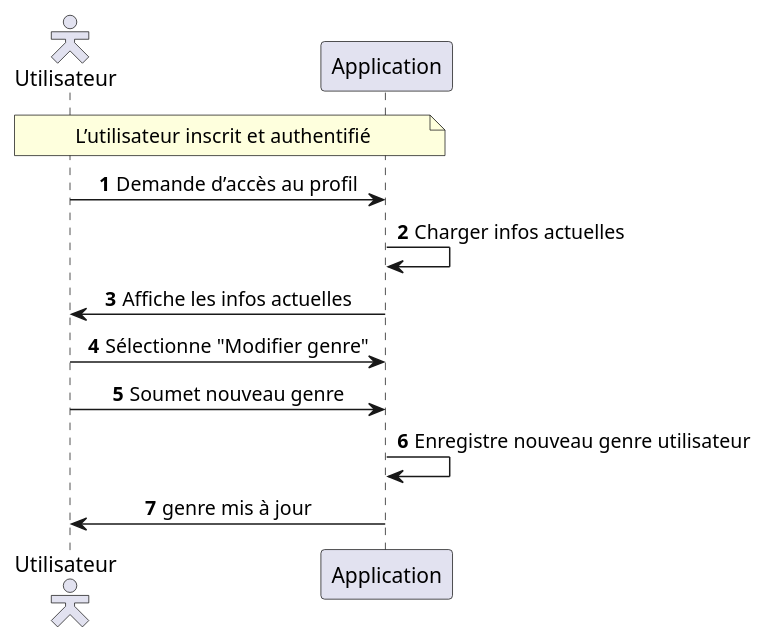
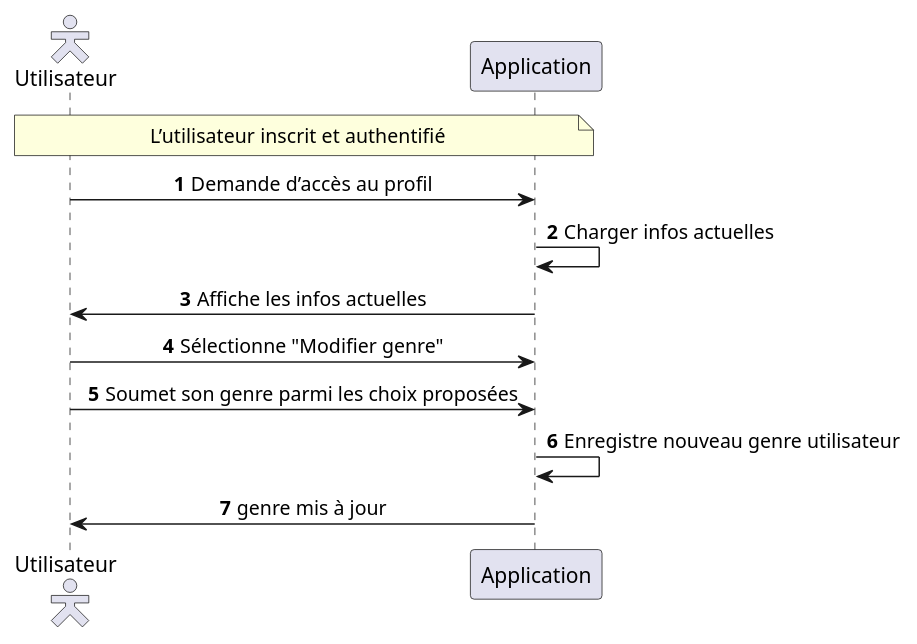
Before and after one commit to MinaroliCorentin/PSO: the diagram in src/Description_des_scenarios_Config_Utilisateur_modifier_son_genre.puml, drawn with PlantUML. The commit also changed 5 other files, not shown here.

```diff
--- a/src/Description_des_scenarios_Config_Utilisateur_modifier_son_genre.puml
+++ b/src/Description_des_scenarios_Config_Utilisateur_modifier_son_genre.puml
@@ -1,20 +1,20 @@
 @startuml
 autonumber
 skinparam sequenceMessageAlign center
 skinparam actorStyle hollow
 
 actor "Utilisateur" as user
 participant "Application" as app
 
 note over user, app
 L’utilisateur inscrit et authentifié
 end note
 
 user -> app : Demande d’accès au profil
 app -> app : Charger infos actuelles
 app -> user : Affiche les infos actuelles
 user -> app : Sélectionne "Modifier genre"
-user -> app : Soumet nouveau genre
+user -> app : Soumet son genre parmi les choix proposées
 app -> app : Enregistre nouveau genre utilisateur
 app -> user : genre mis à jour
 @enduml
```
